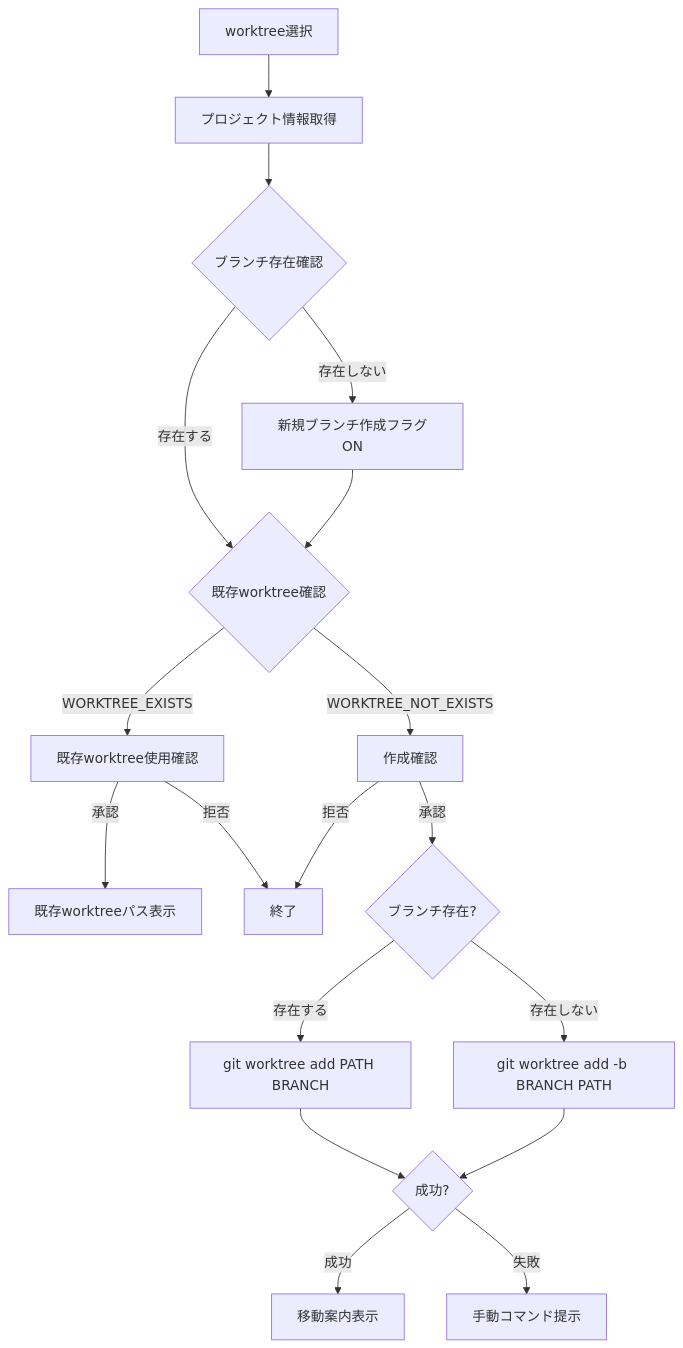
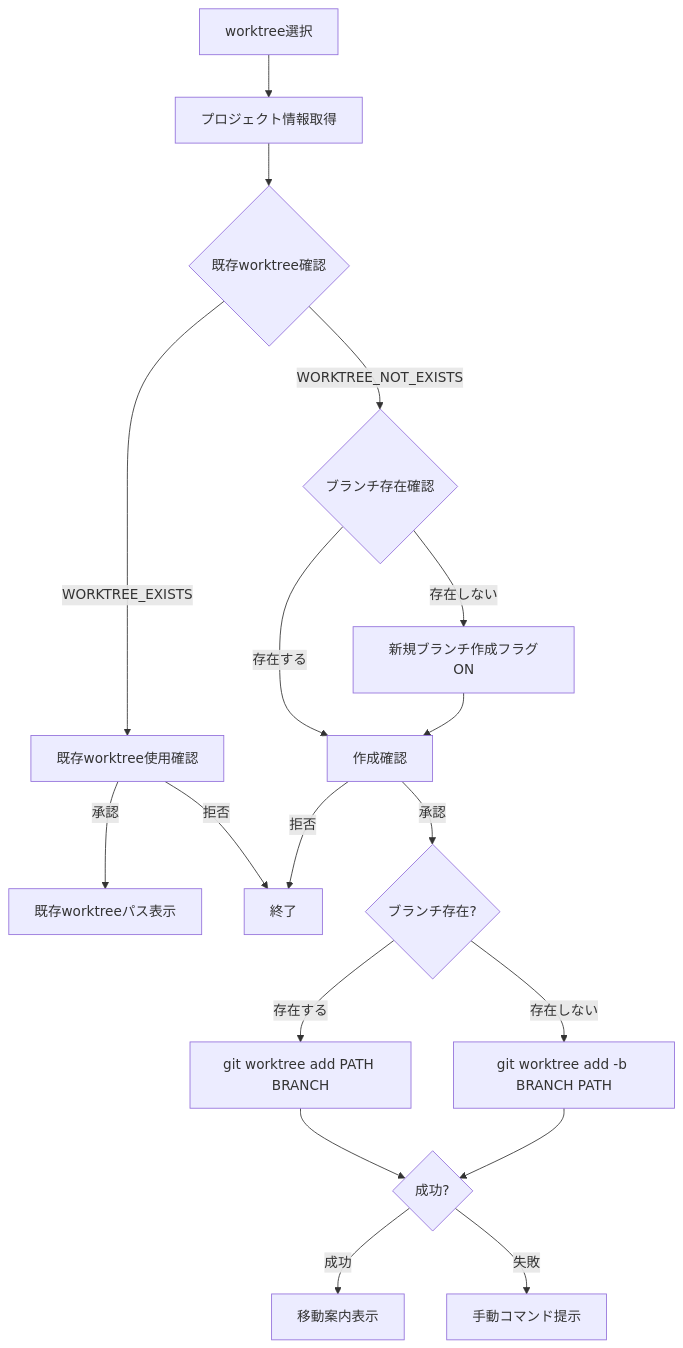
Before and after one commit to ikeisuke/ai-dlc-starter-kit: the first of 2 diagrams in docs/cycles/v1.6.0/design-artifacts/logical-designs/setup-flow-improvement_logical_design.md, drawn with Mermaid. The commit also changed other lines of this file and 1 other file, not shown here.

````diff
--- a/docs/cycles/v1.6.0/design-artifacts/logical-designs/setup-flow-improvement_logical_design.md
+++ b/docs/cycles/v1.6.0/design-artifacts/logical-designs/setup-flow-improvement_logical_design.md
@@ -79,20 +81,20 @@
 ```mermaid
 flowchart TD
     A[worktree選択] --> B[プロジェクト情報取得]
-    B --> C{ブランチ存在確認}
-    C -->|存在する| D{既存worktree確認}
-    C -->|存在しない| E[新規ブランチ作成フラグON]
-    E --> D
-    D -->|WORKTREE_EXISTS| F[既存worktree使用確認]
-    D -->|WORKTREE_NOT_EXISTS| G[作成確認]
-    F -->|承認| H[既存worktreeパス表示]
-    F -->|拒否| I[終了]
-    G -->|承認| J{ブランチ存在?}
-    G -->|拒否| I
+    B --> C{既存worktree確認}
+    C -->|WORKTREE_EXISTS| D[既存worktree使用確認]
+    C -->|WORKTREE_NOT_EXISTS| E{ブランチ存在確認}
+    D -->|承認| F[既存worktreeパス表示]
+    D -->|拒否| G[終了]
+    E -->|存在する| H[作成確認]
+    E -->|存在しない| I[新規ブランチ作成フラグON]
+    I --> H
+    H -->|承認| J{ブランチ存在?}
+    H -->|拒否| G
     J -->|存在する| K[git worktree add PATH BRANCH]
     J -->|存在しない| L[git worktree add -b BRANCH PATH]
     K --> M{成功?}
     L --> M
     M -->|成功| N[移動案内表示]
     M -->|失敗| O[手動コマンド提示]
 ```
````
